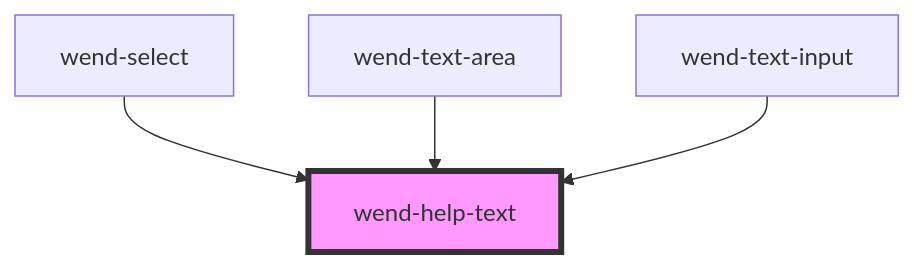
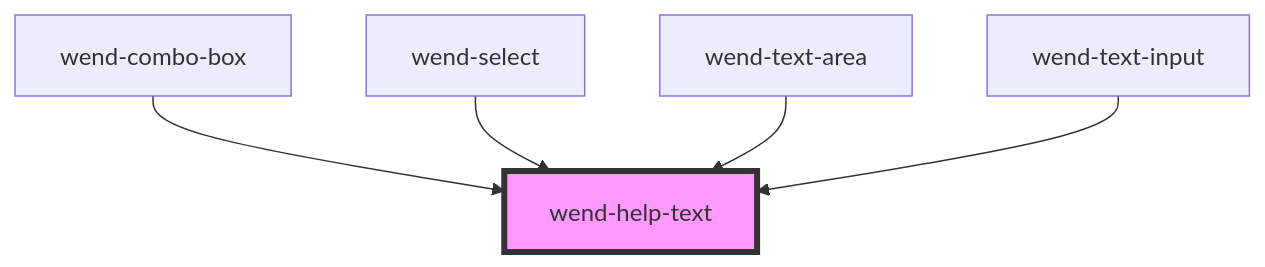
Before and after one commit to DevaStudios/wend-ui: the diagram in packages/web-components/src/components/wend-help-text/readme.md, drawn with Mermaid. The commit also changed other lines of this file and 20 other files, not shown here.

````diff
--- a/packages/web-components/src/components/wend-help-text/readme.md
+++ b/packages/web-components/src/components/wend-help-text/readme.md
@@ -25,7 +26,8 @@
 ```mermaid
 graph TD;
+  wend-combo-box --> wend-help-text
   wend-select --> wend-help-text
   wend-text-area --> wend-help-text
   wend-text-input --> wend-help-text
   style wend-help-text fill:#f9f,stroke:#333,stroke-width:4px
 ```
````
